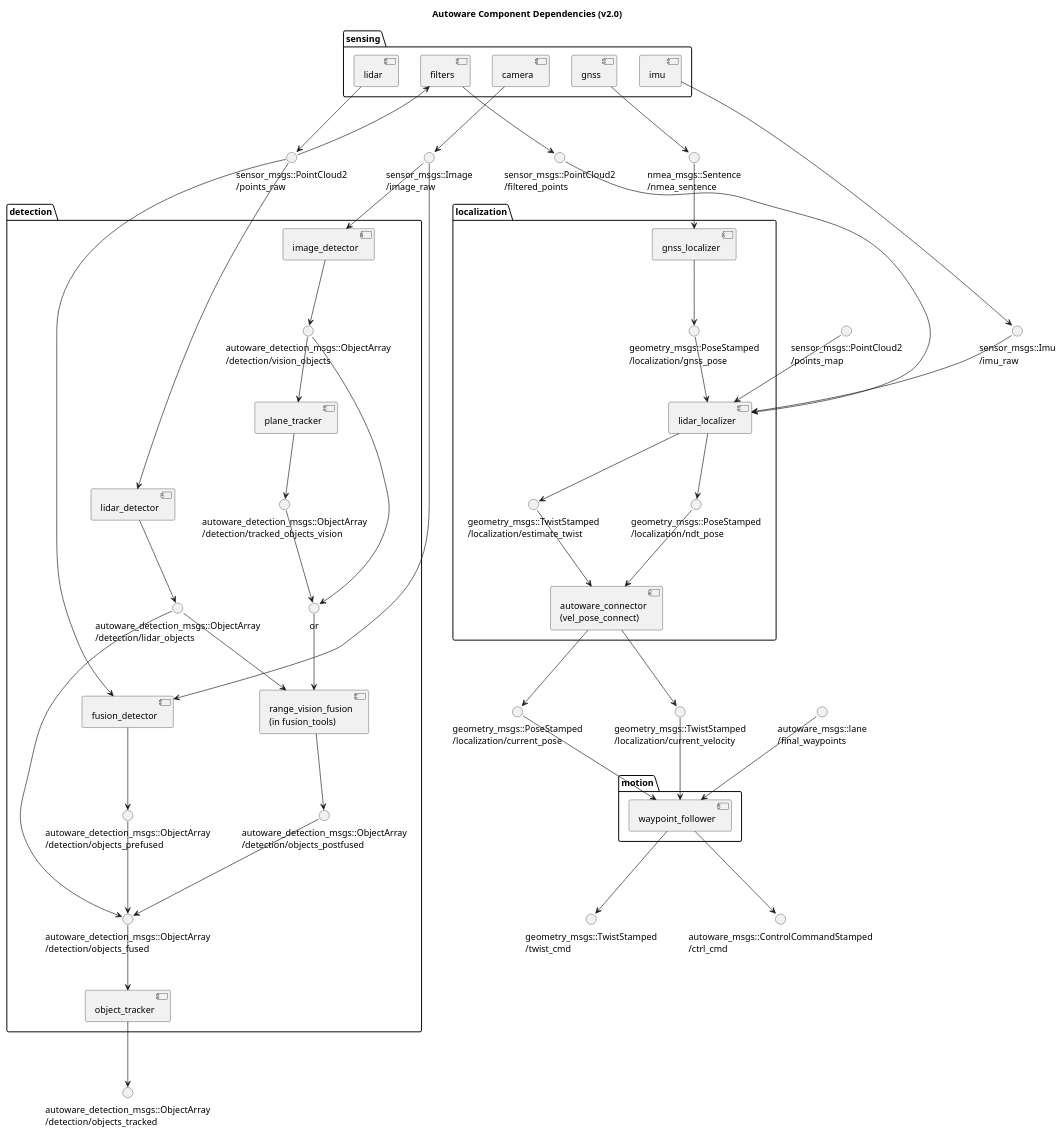
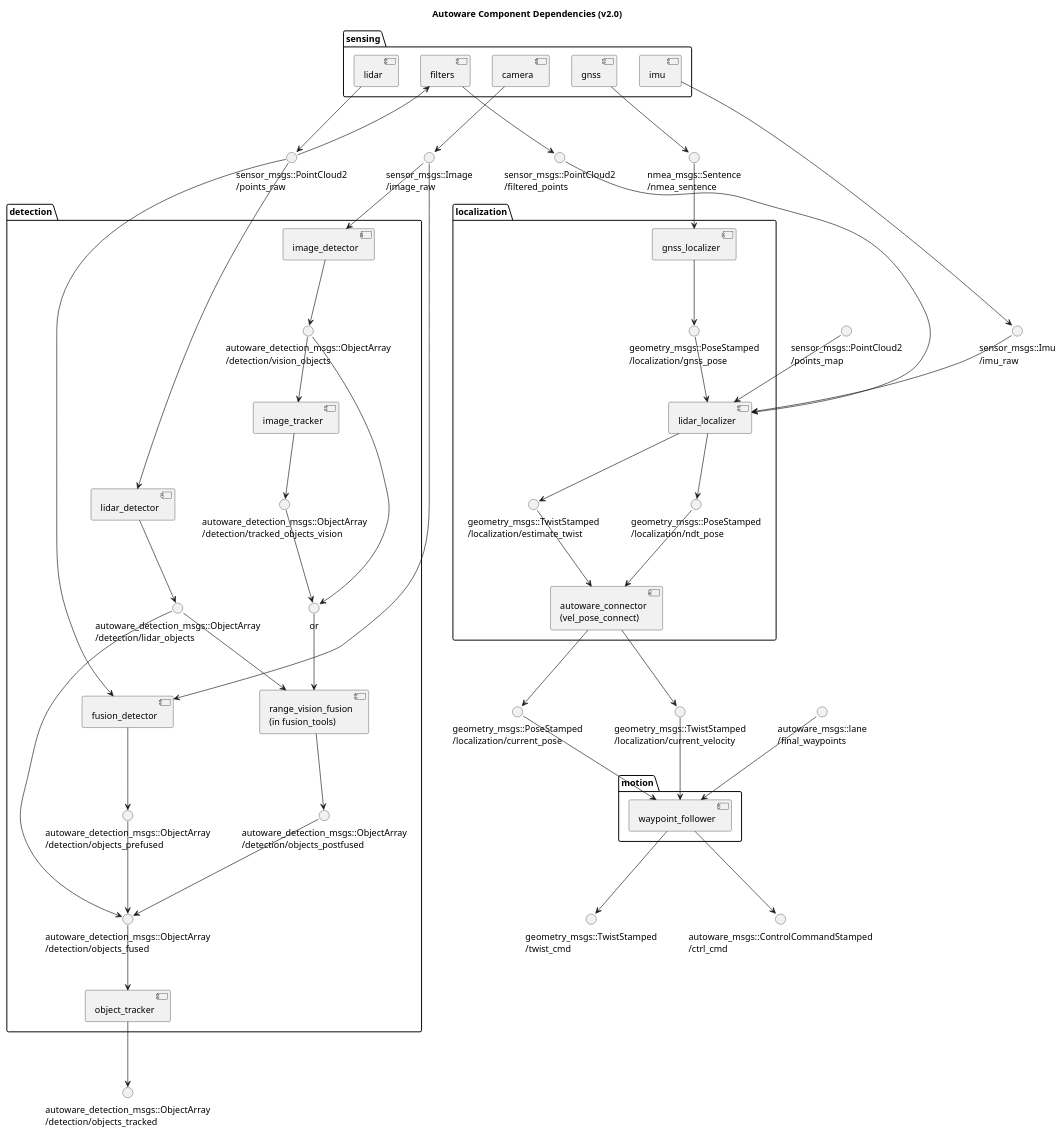
Before and after one commit to heyuliang/Autoware: the diagram in docs/architecture/ComponentDiagram.pu, drawn with PlantUML.

Commit message:
Rename plane_tracker to image_tracker

```diff
--- a/docs/architecture/ComponentDiagram.pu
+++ b/docs/architecture/ComponentDiagram.pu
@@ -1,154 +1,154 @@
 @startuml
 
 title Autoware Component Dependencies (v2.0)
 
 () "sensor_msgs::Image\n/image_raw" as image_raw
 () "sensor_msgs::PointCloud2\n/points_raw" as points_raw
 () "sensor_msgs::PointCloud2\n/filtered_points" as filtered_points
 () "sensor_msgs::Imu\n/imu_raw" as imu_raw 
 () "nmea_msgs::Sentence\n/nmea_sentence" as nmea_sentence
 
 folder sensing {
     [camera]
     'outputs
     camera --> image_raw
 
     [lidar]
     'outputs
     lidar --> points_raw
 
     [filters]
     'inputs
     points_raw --> filters
     'outputs
     filters --> filtered_points
 
     [imu]
     'outputs
     imu --> imu_raw
 
     [gnss]
     'outputs
     gnss --> nmea_sentence
 }
 
 () "autoware_detection_msgs::ObjectArray\n/detection/objects_tracked" as objects_tracked
 '() "autoware_detection_msgs::TrafficLight\n/detection/traffic_light_color" as traffic_light_color
 
 folder detection {
     () "autoware_detection_msgs::ObjectArray\n/detection/vision_objects" as detected_objects_vision
     () "autoware_detection_msgs::ObjectArray\n/detection/tracked_objects_vision" as tracked_objects_vision
     () "or" as vision_objects
     () "autoware_detection_msgs::ObjectArray\n/detection/lidar_objects" as detected_objects_lidar
     () "autoware_detection_msgs::ObjectArray\n/detection/objects_postfused" as detected_objects_combined
     () "autoware_detection_msgs::ObjectArray\n/detection/objects_prefused" as detected_objects_fused
     () "autoware_detection_msgs::ObjectArray\n/detection/objects_fused" as objects_fused
 
     [image_detector]
     'inputs
     image_raw --> image_detector
     'outputs
     image_detector --> detected_objects_vision
 
-    [plane_tracker]
-    'inputs
-    detected_objects_vision --> plane_tracker
+    [image_tracker]
+    'inputsß
+    detected_objects_vision --> image_tracker
     'outputs
-    plane_tracker --> tracked_objects_vision
+    image_tracker --> tracked_objects_vision
 
     [lidar_detector]
     'inputs
     points_raw --> lidar_detector
     'outputs
     lidar_detector --> detected_objects_lidar
 
     [fusion_detector]
     'inputs
     image_raw --> fusion_detector
     points_raw --> fusion_detector
     'outputs
     fusion_detector --> detected_objects_fused
 
     [range_vision_fusion\n(in fusion_tools)] as fusion_tools
     'inputs
     vision_objects --> fusion_tools
     detected_objects_lidar --> fusion_tools
     'outputs
     fusion_tools --> detected_objects_combined
 
     'connection
     detected_objects_vision --> vision_objects
     tracked_objects_vision --> vision_objects
 
     detected_objects_lidar --> objects_fused
     detected_objects_combined --> objects_fused
     detected_objects_fused --> objects_fused
 
     [object_tracker]
     'inputs
     objects_fused --> object_tracker
     'outputs
     object_tracker --> objects_tracked
 
     '[trafficlight_recognizer]
     'inputs
     'image_raw --> trafficlight_recognizer
     'outputs
     'trafficlight_recognizer --> traffic_light_color
 }
 
 'lidar_localizer
 () "sensor_msgs::PointCloud2\n/points_map" as points_map
 
 'vel_pose_connect
 () "geometry_msgs::PoseStamped\n/localization/current_pose" as current_pose
 () "geometry_msgs::TwistStamped\n/localization/current_velocity" as current_velocity
 
 folder localization {
     () "geometry_msgs::PoseStamped\n/localization/gnss_pose" as gnss_pose
     () "geometry_msgs::TwistStamped\n/localization/estimate_twist" as estimate_twist
     () "geometry_msgs::PoseStamped\n/localization/ndt_pose" as ndt_pose
 
     [gnss_localizer]
     'inputs
     nmea_sentence --> gnss_localizer
     'outputs
     gnss_localizer --> gnss_pose
 
     [lidar_localizer]
     'inputs
     gnss_pose --> lidar_localizer
     filtered_points --> lidar_localizer
     points_map --> lidar_localizer
     imu_raw --> lidar_localizer
     'outputs
     lidar_localizer --> estimate_twist
     lidar_localizer --> ndt_pose
 
     [autoware_connector\n(vel_pose_connect)] as vel_pose_connect
     'inputs
     estimate_twist --> vel_pose_connect
     ndt_pose --> vel_pose_connect
     'outputs
     vel_pose_connect --> current_pose
     vel_pose_connect --> current_velocity
 
     '[dead_reckoner] @ Autoware v2.0
 }
 
 () "autoware_msgs::lane\n/final_waypoints" as final_waypoints
 () "geometry_msgs::TwistStamped\n/twist_cmd" as twist_cmd
 () "autoware_msgs::ControlCommandStamped\n/ctrl_cmd" as ctrl_cmd
 
 folder motion {
     [waypoint_follower]
     'inputs
     current_pose --> waypoint_follower
     current_velocity --> waypoint_follower
     final_waypoints --> waypoint_follower
     'outputs
     waypoint_follower --> twist_cmd
     waypoint_follower --> ctrl_cmd
 }
 
 @enduml
```
